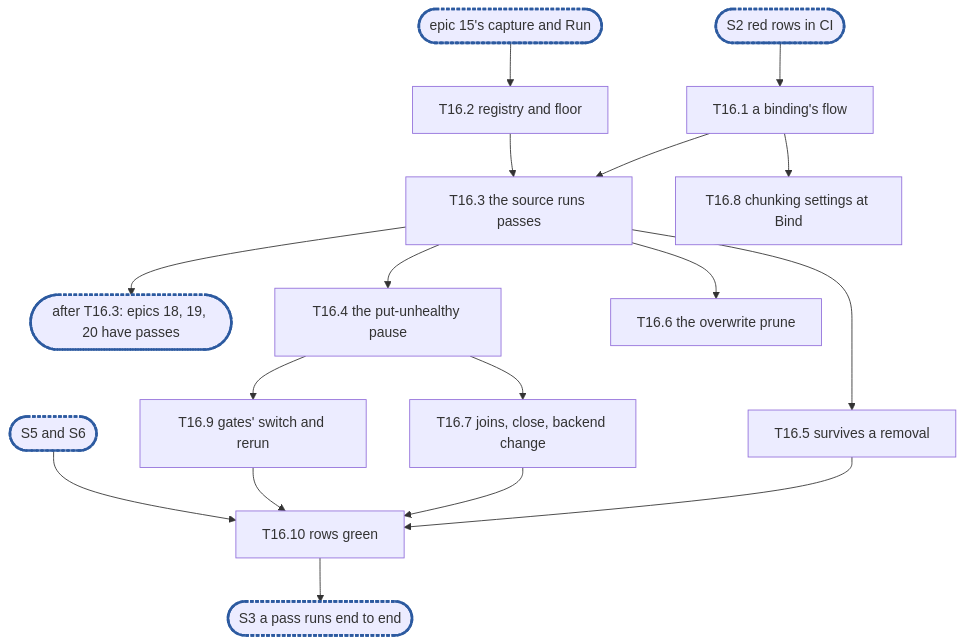
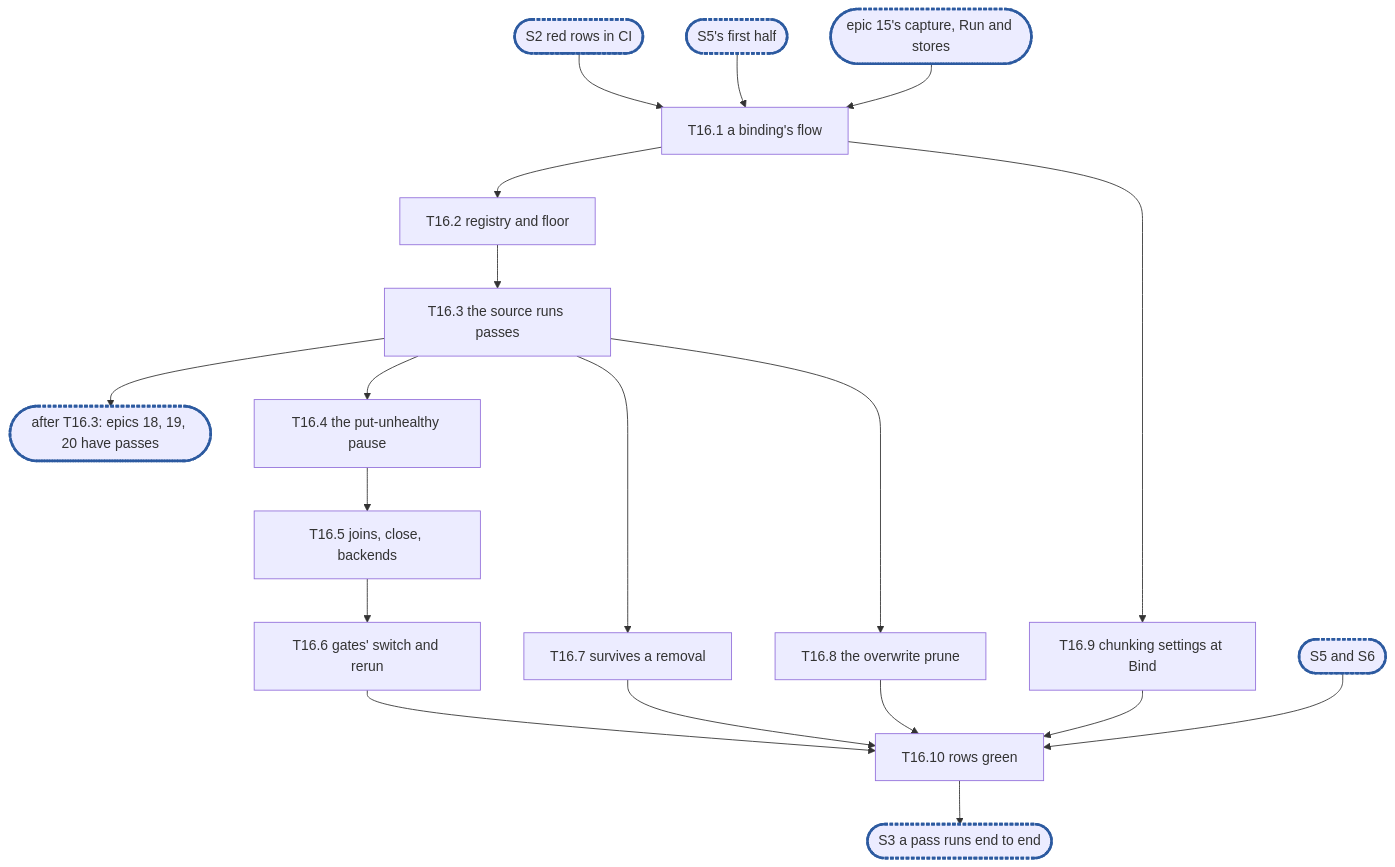
Before and after one commit to cubbit/dittofs: the diagram in .planning/rfc-8-offload-engine-epic16.md, drawn with Mermaid. The commit also changed other lines of this file and 1 other file, not shown here.

Commit message:
docs(planning): fold the review passes into RFC 8 offload epic 16

````diff
--- a/.planning/rfc-8-offload-engine-epic16.md
+++ b/.planning/rfc-8-offload-engine-epic16.md
@@ -716,18 +727,19 @@
 ```mermaid
 flowchart TD
   S2(["S2 red rows in CI"]):::sync --> T16_1["T16.1 a binding's flow"]
-  Ep15(["epic 15's capture and Run"]):::sync --> T16_2["T16.2 registry and floor"]
-  T16_1 --> T16_3["T16.3 the source runs passes"]
-  T16_2 --> T16_3
+  S5(["S5's first half"]):::sync --> T16_1
+  Ep15(["epic 15's capture, Run and stores"]):::sync --> T16_1
+  T16_1 --> T16_2["T16.2 registry and floor"]
+  T16_2 --> T16_3["T16.3 the source runs passes"]
   T16_3 --> C1(["after T16.3: epics 18, 19, 20 have passes"]):::sync
   T16_3 --> T16_4["T16.4 the put-unhealthy pause"]
-  T16_3 --> T16_5["T16.5 survives a removal"]
-  T16_3 --> T16_6["T16.6 the overwrite prune"]
-  T16_4 --> T16_7["T16.7 joins, close, backend change"]
-  T16_1 --> T16_8["T16.8 chunking settings at Bind"]
-  T16_4 --> T16_9["T16.9 gates' switch and rerun"]
-  T16_5 & T16_7 & T16_9 --> T16_10["T16.10 rows green"]
+  T16_4 --> T16_5["T16.5 joins, close, backends"]
+  T16_5 --> T16_6["T16.6 gates' switch and rerun"]
+  T16_3 --> T16_7["T16.7 survives a removal"]
+  T16_3 --> T16_8["T16.8 the overwrite prune"]
+  T16_1 --> T16_9["T16.9 chunking settings at Bind"]
+  T16_6 & T16_7 & T16_8 & T16_9 --> T16_10["T16.10 rows green"]
   S6(["S5 and S6"]):::sync --> T16_10
   T16_10 --> S3(["S3 a pass runs end to end"]):::sync
   classDef sync stroke:#2c5aa0,stroke-width:3px,stroke-dasharray:4 2
 ```
````
